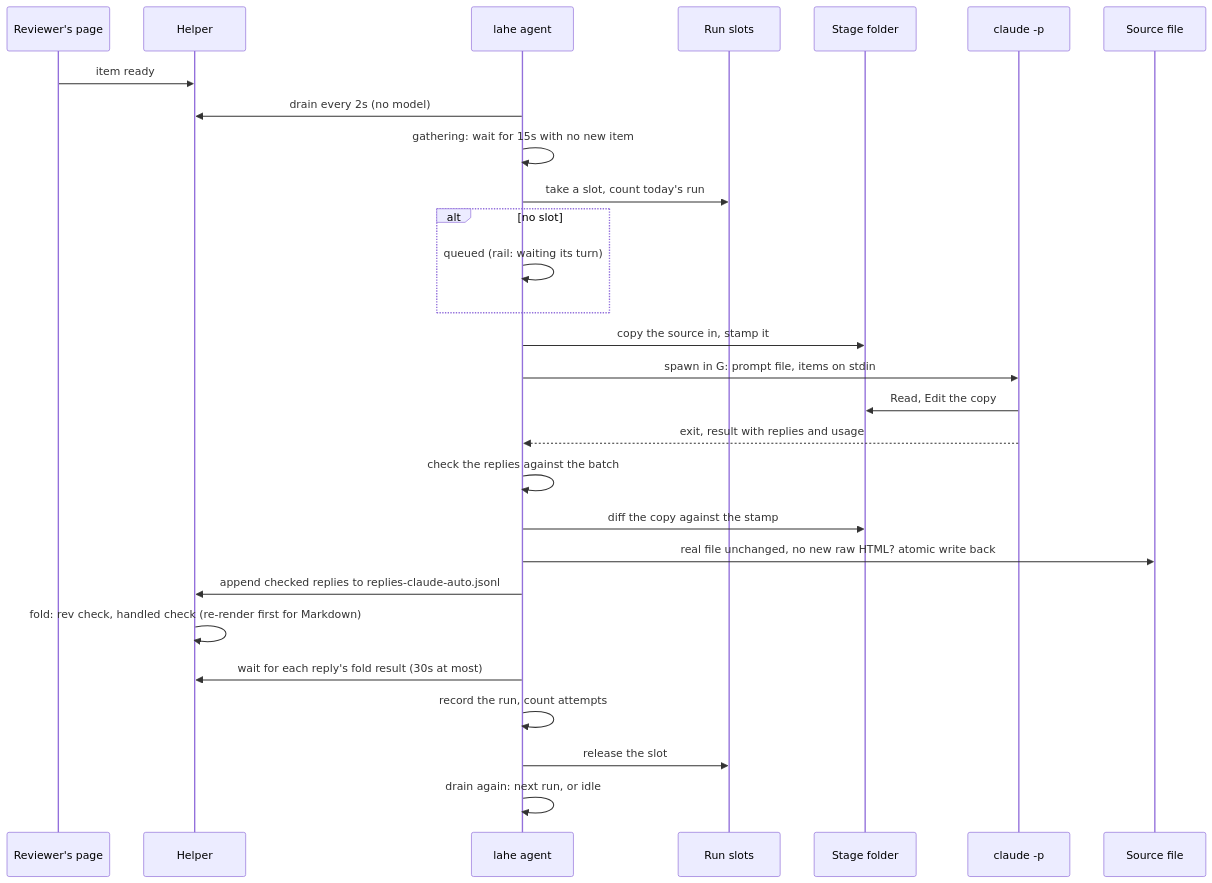
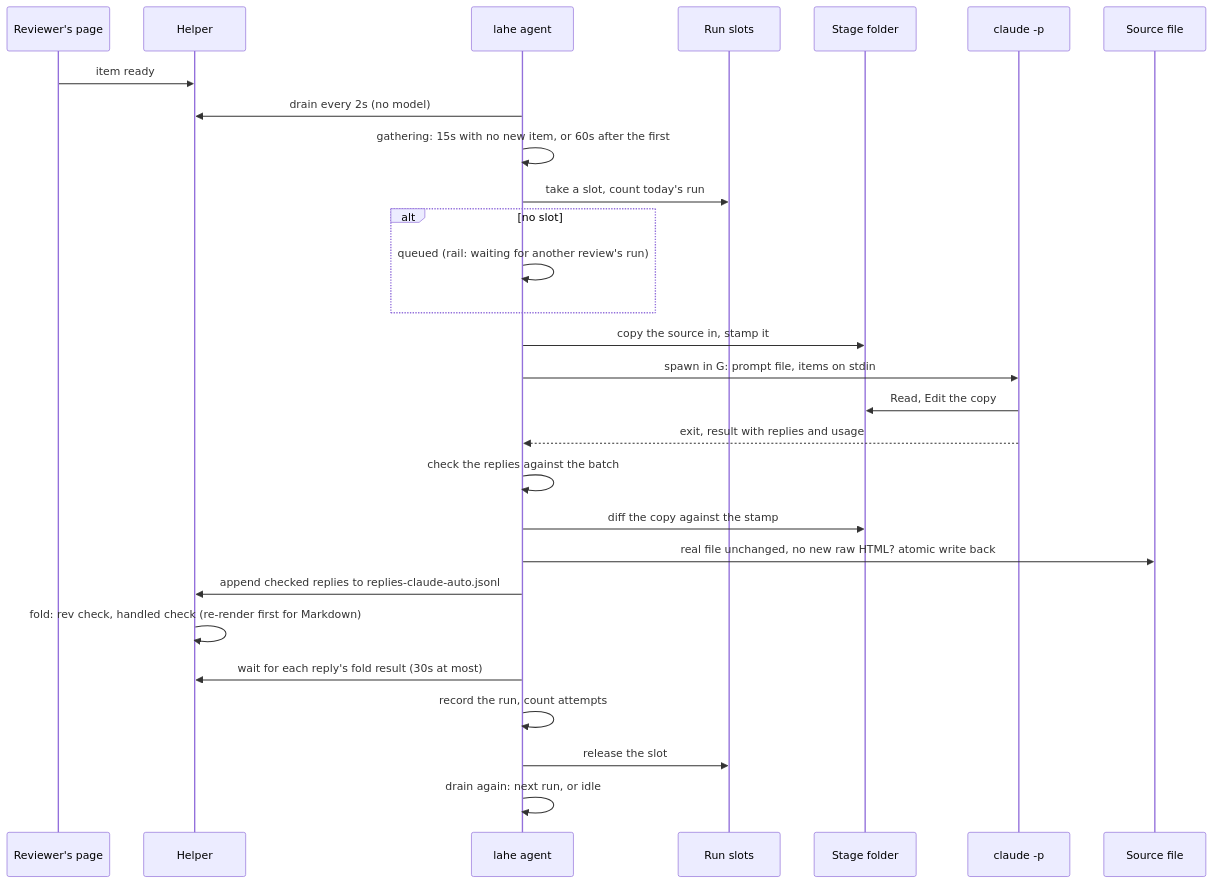
One commit to kenxle/live-agentic-html-editor changed the third of 6 diagrams in docs/features/20260929.01_lahe_agent_sdk/02_architecture_lahe_agent_sdk.md. Above: the diagram before and after it, drawn with Mermaid. The commit also changed other lines of this file and 3 other files, not shown here.

````diff
--- a/docs/features/20260929.01_lahe_agent_sdk/02_architecture_lahe_agent_sdk.md
+++ b/docs/features/20260929.01_lahe_agent_sdk/02_architecture_lahe_agent_sdk.md
@@ -271,31 +278,31 @@
 ```mermaid
 sequenceDiagram
   participant P as Reviewer's page
   participant H as Helper
   participant A as lahe agent
   participant L as Run slots
   participant G as Stage folder
   participant C as claude -p
   participant F as Source file
 
   P->>H: item ready
   A->>H: drain every 2s (no model)
-  A->>A: gathering: wait for 15s with no new item
+  A->>A: gathering: 15s with no new item, or 60s after the first
   A->>L: take a slot, count today's run
   alt no slot
-    A->>A: queued (rail: waiting its turn)
+    A->>A: queued (rail: waiting for another review's run)
   end
   A->>G: copy the source in, stamp it
   A->>C: spawn in G: prompt file, items on stdin
   C->>G: Read, Edit the copy
   C-->>A: exit, result with replies and usage
   A->>A: check the replies against the batch
   A->>G: diff the copy against the stamp
   A->>F: real file unchanged, no new raw HTML? atomic write back
   A->>H: append checked replies to replies-claude-auto.jsonl
   H->>H: fold: rev check, handled check (re-render first for Markdown)
   A->>H: wait for each reply's fold result (30s at most)
   A->>A: record the run, count attempts
   A->>L: release the slot
   A->>A: drain again: next run, or idle
 ```
````
